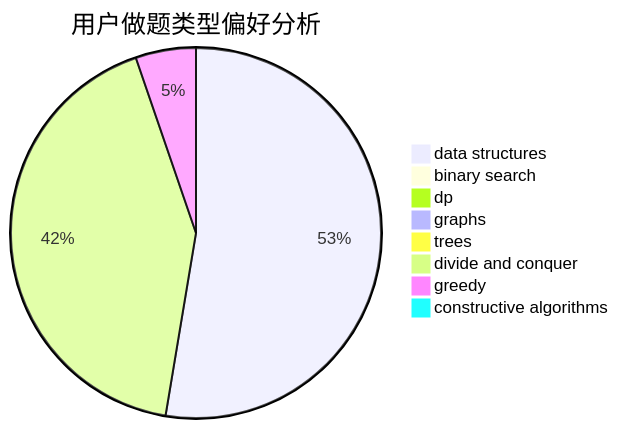
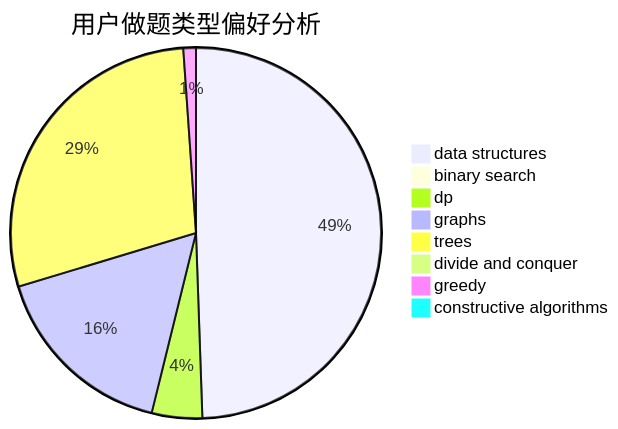
Before and after one commit to sherpahu/cfrs.github.io: the second of 3 diagrams in docs/user/u599.md, drawn with Mermaid. The commit also changed other lines of this file and 2770 other files, not shown here.

````diff
--- a/docs/user/u599.md
+++ b/docs/user/u599.md
@@ -23,11 +23,11 @@
 ```mermaid
 pie title 用户做题类型偏好分析
-    "data structures" :  10
+    "data structures" :  45
     "binary search" :  0
-    "dp" :  0
-    "graphs" :  0
-    "trees" :  0
-    "divide and conquer" :  8
+    "dp" :  4
+    "graphs" :  15
+    "trees" :  26
+    "divide and conquer" :  0
     "greedy" :  1
     "constructive algorithms" :  0
 ```
````
